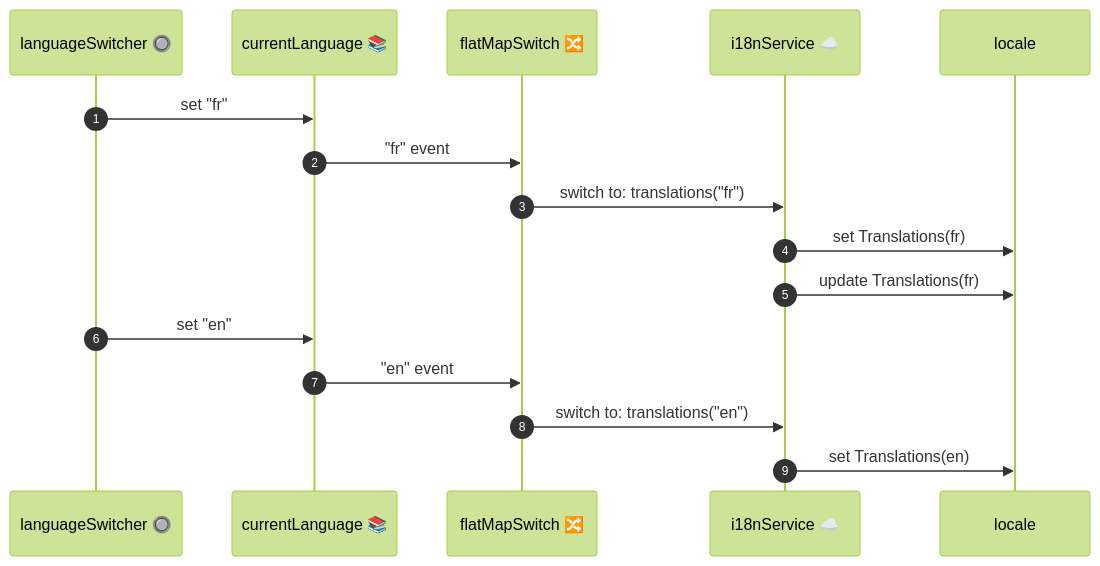
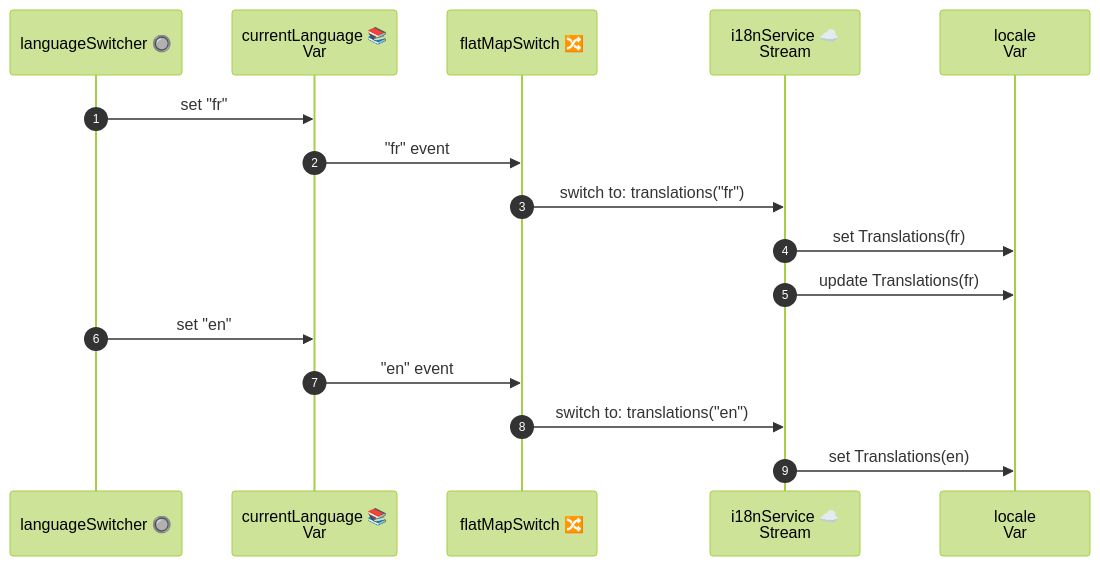
One commit to jchapuis/fullstackscala-scaladays2025 changed the fifth of 9 diagrams in slides.md. Above: the diagram before and after it, drawn with Mermaid. The commit also changed other lines of this file and 5 other files, not shown here.

````diff
--- a/slides.md
+++ b/slides.md
@@ -568,23 +634,23 @@
 ```mermaid
 %%{init: { "theme": "forest", "themeVariables": { "fontFamily": "monospace" } }}%%
 
 sequenceDiagram
     autonumber
     participant Switcher as languageSwitcher 🔘
-    participant Lang    as currentLanguage 📚
-    participant FlatMapSwitch as flatMapSwitch 🔀
-    participant i18nService as i18nService ☁️
-    participant Locale  as locale
+    participant Lang    as currentLanguage 📚<br/>Var
+    participant FlatMapSwitch as flatMapSwitch 🔀 
+    participant i18nService as i18nService ☁️<br/>Stream 
+    participant Locale  as locale<br/>Var
 
     Switcher->>Lang: set "fr"
     Lang->>FlatMapSwitch: "fr" event
     FlatMapSwitch->>i18nService: switch to: translations("fr")
     i18nService->>Locale: set Translations(fr)
     i18nService->>Locale: update Translations(fr)
 
     Switcher->>Lang: set "en"
     Lang->>FlatMapSwitch: "en" event
     FlatMapSwitch->>i18nService: switch to: translations("en")
     i18nService->>Locale: set Translations(en)
 
 ```  
````
